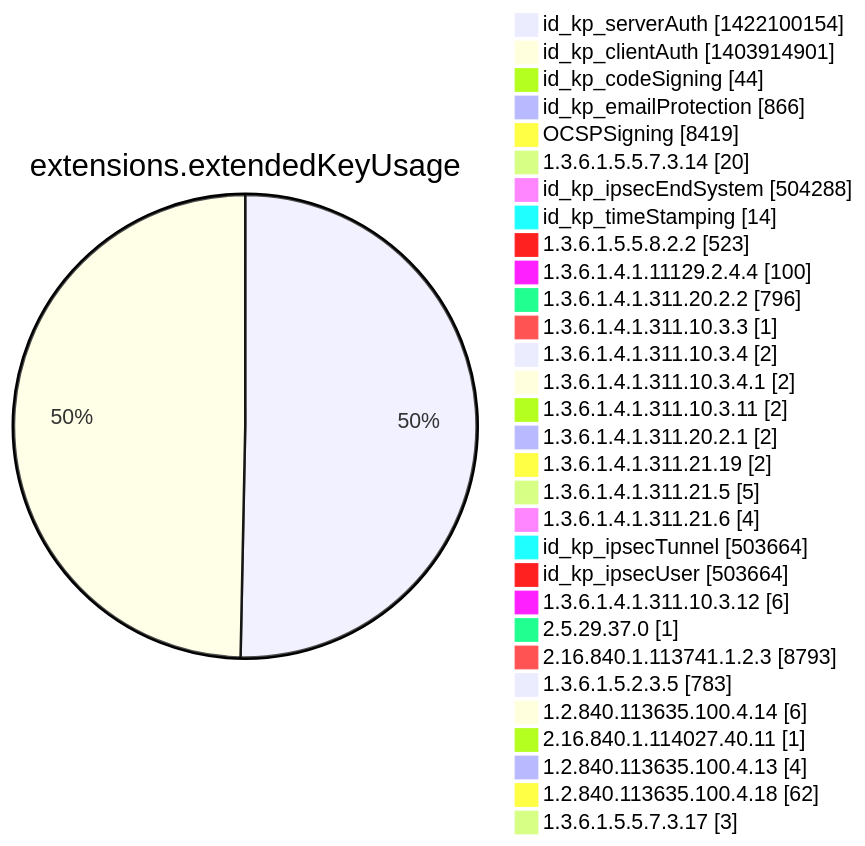
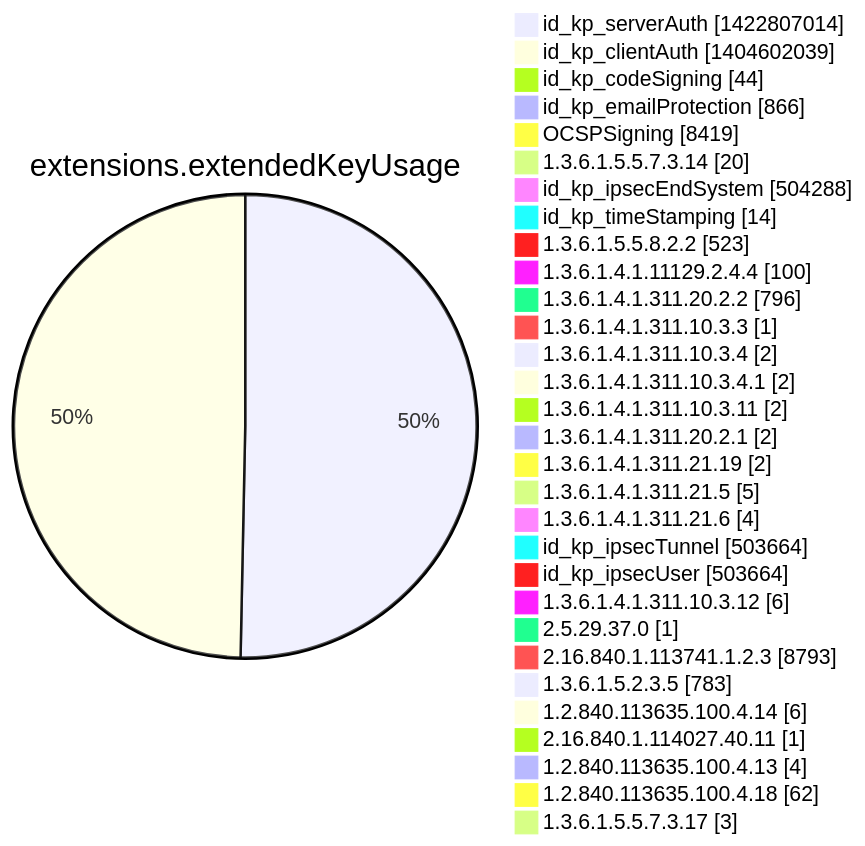
One commit to christiankrug/ctmonitor_visualization changed diagram 12 of 15 in argon2022/README.md. Above: the diagram before and after it, drawn with Mermaid. The commit also changed other lines of this file, not shown here.

````diff
--- a/argon2022/README.md
+++ b/argon2022/README.md
@@ -3555,34 +3555,34 @@
 ```mermaid
 pie showData
 title extensions.extendedKeyUsage
-"id_kp_serverAuth" :1422100154
-"id_kp_clientAuth" :1403914901
+"id_kp_serverAuth" :1422807014
+"id_kp_clientAuth" :1404602039
 "id_kp_codeSigning" :44
 "id_kp_emailProtection" :866
 "OCSPSigning" :8419
 "1.3.6.1.5.5.7.3.14" :20
 "id_kp_ipsecEndSystem" :504288
 "id_kp_timeStamping" :14
 "1.3.6.1.5.5.8.2.2" :523
 "1.3.6.1.4.1.11129.2.4.4" :100
 "1.3.6.1.4.1.311.20.2.2" :796
 "1.3.6.1.4.1.311.10.3.3" :1
 "1.3.6.1.4.1.311.10.3.4" :2
 "1.3.6.1.4.1.311.10.3.4.1" :2
 "1.3.6.1.4.1.311.10.3.11" :2
 "1.3.6.1.4.1.311.20.2.1" :2
 "1.3.6.1.4.1.311.21.19" :2
 "1.3.6.1.4.1.311.21.5" :5
 "1.3.6.1.4.1.311.21.6" :4
 "id_kp_ipsecTunnel" :503664
 "id_kp_ipsecUser" :503664
 "1.3.6.1.4.1.311.10.3.12" :6
 "2.5.29.37.0" :1
 "2.16.840.1.113741.1.2.3" :8793
 "1.3.6.1.5.2.3.5" :783
 "1.2.840.113635.100.4.14" :6
 "2.16.840.1.114027.40.11" :1
 "1.2.840.113635.100.4.13" :4
 "1.2.840.113635.100.4.18" :62
 "1.3.6.1.5.5.7.3.17" :3
 ```
````
